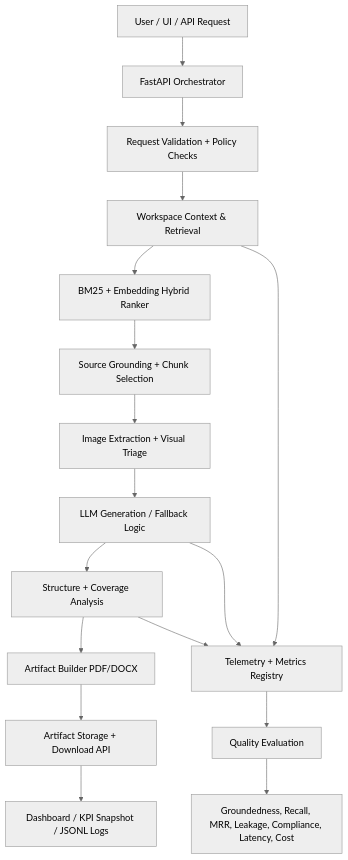
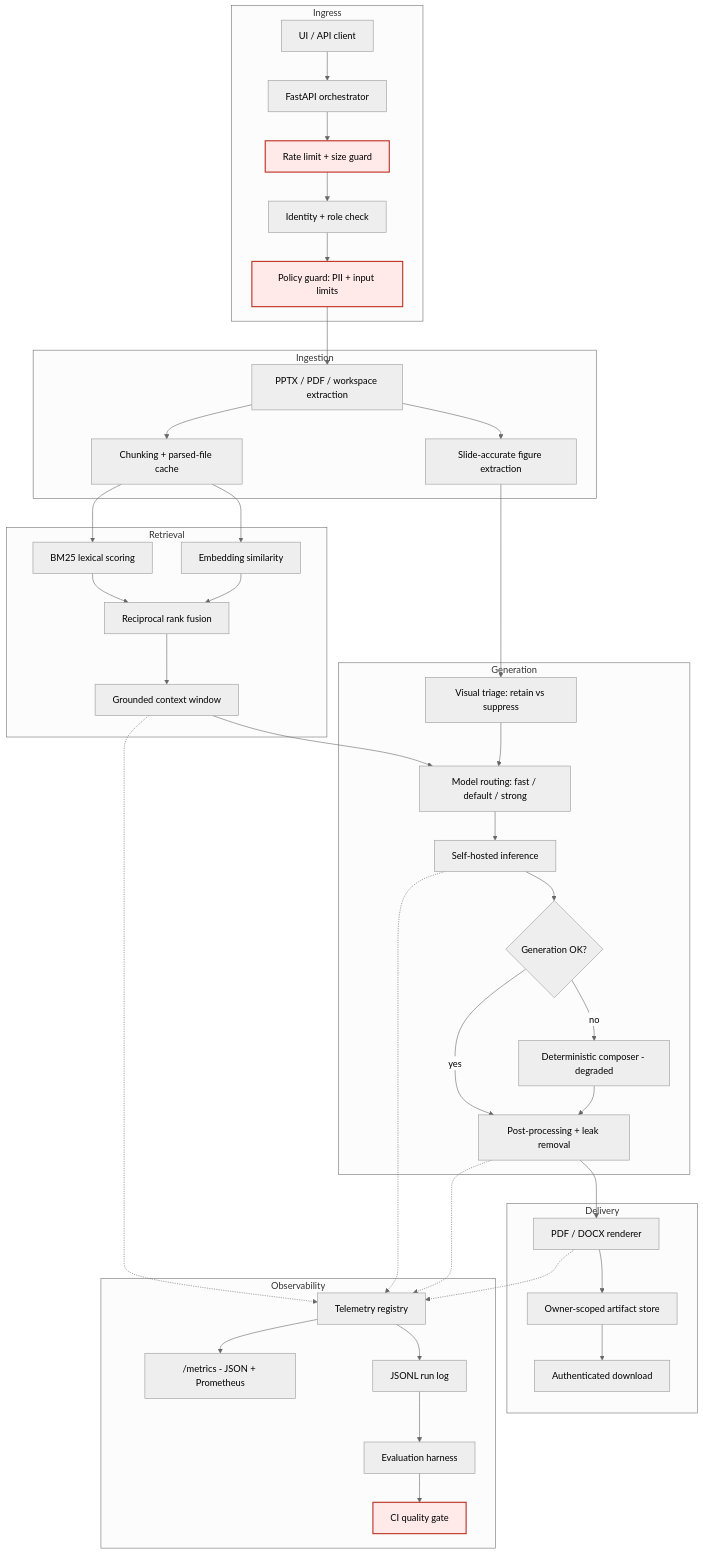
The diagram in README.md (Bdp226/DocSynth-Hybrid-RAG-Document-Generation-and-Evaluation-Platform), drawn with Mermaid (neutral theme) before and after one commit. The commit also changed other lines of this file and 65 other files, not shown here.

Commit message:
Finalize FAANG-style architecture docs, README, and quality gates

````diff
--- a/README.md
+++ b/README.md
@@ -29,21 +54,54 @@
 ```mermaid
 flowchart TD
-    A[User / UI / API Request] --> B[FastAPI Orchestrator]
-    B --> C[Request Validation + Policy Checks]
-    C --> D[Workspace Context & Retrieval]
-    D --> E[BM25 + Embedding Hybrid Ranker]
-    E --> F[Source Grounding + Chunk Selection]
-    F --> G[Image Extraction + Visual Triage]
-    G --> H[LLM Generation / Fallback Logic]
-    H --> I[Structure + Coverage Analysis]
-    I --> J[Artifact Builder PDF/DOCX]
-    J --> K[Artifact Storage + Download API]
+    subgraph Ingress
+        A[UI / API client] --> B[FastAPI orchestrator]
+        B --> RL[Rate limit + size guard]
+        RL --> AUTH[Identity + role check]
+        AUTH --> POL[Policy guard: PII + input limits]
+    end
 
-    D --> L[Telemetry + Metrics Registry]
-    H --> L
-    I --> L
-    K --> M[Dashboard / KPI Snapshot / JSONL Logs]
+    subgraph Ingestion
+        POL --> EX[PPTX / PDF / workspace extraction]
+        EX --> CH[Chunking + parsed-file cache]
+        EX --> IMG[Slide-accurate figure extraction]
+    end
 
-    L --> N[Quality Evaluation]
-    N --> O[Groundedness, Recall, MRR, Leakage, Compliance, Latency, Cost]
+    subgraph Retrieval
+        CH --> BM[BM25 lexical scoring]
+        CH --> EMB[Embedding similarity]
+        BM --> RRF[Reciprocal rank fusion]
+        EMB --> RRF
+        RRF --> CTX[Grounded context window]
+    end
+
+    subgraph Generation
+        IMG --> TRI[Visual triage: retain vs suppress]
+        CTX --> ROUTE[Model routing: fast / default / strong]
+        TRI --> ROUTE
+        ROUTE --> LLM[Self-hosted inference]
+        LLM --> FB{Generation OK?}
+        FB -- no --> DET[Deterministic composer - degraded]
+        FB -- yes --> POST[Post-processing + leak removal]
+        DET --> POST
+    end
+
+    subgraph Delivery
+        POST --> REN[PDF / DOCX renderer]
+        REN --> ART[Owner-scoped artifact store]
+        ART --> DL[Authenticated download]
+    end
+
+    subgraph Observability
+        CTX -.-> TEL[Telemetry registry]
+        LLM -.-> TEL
+        POST -.-> TEL
+        REN -.-> TEL
+        TEL --> PM["/metrics - JSON + Prometheus"]
+        TEL --> JL[JSONL run log]
+        JL --> EVAL[Evaluation harness]
+        EVAL --> GATE[CI quality gate]
+    end
+
+    classDef gate fill:#ffe9e9,stroke:#c0392b,stroke-width:2px
+    class GATE,RL,POL gate
 ```
````
